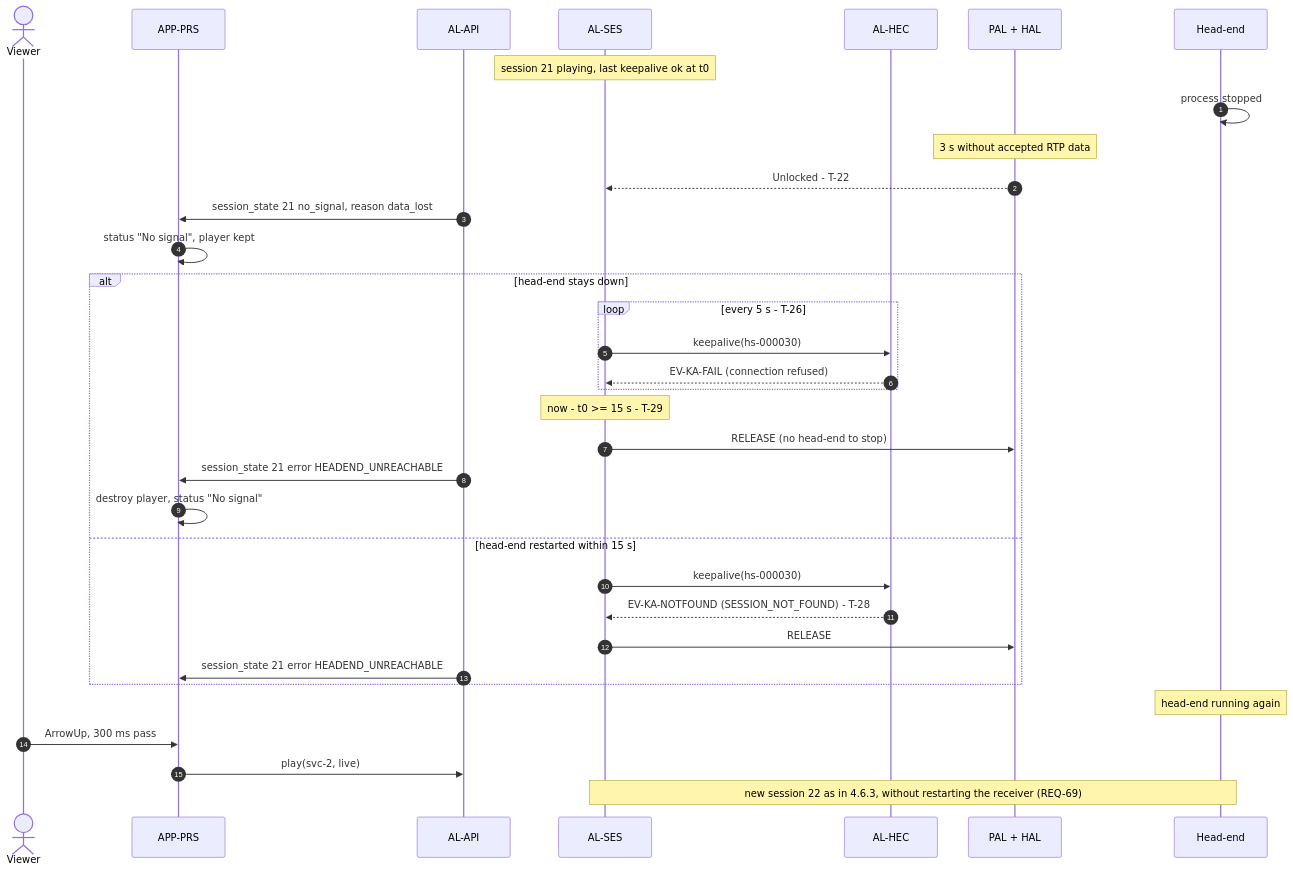
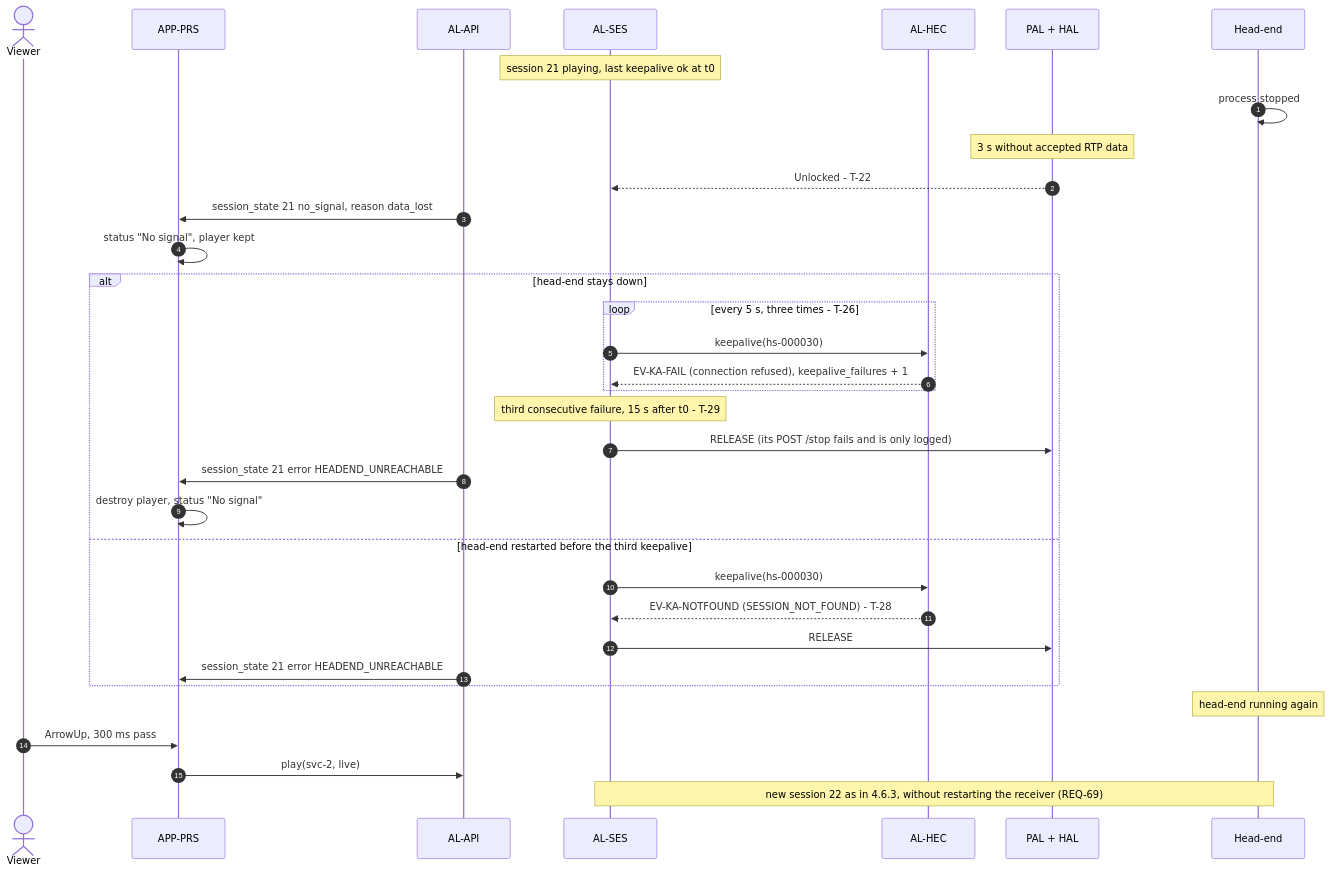
One commit to bereniich/broadband-managed-iptv-receiver changed diagram 15 of 16 in SPECIFICATION.md. Above: the diagram before and after it, drawn with Mermaid. The commit also changed other lines of this file, not shown here.

````diff
--- a/SPECIFICATION.md
+++ b/SPECIFICATION.md
@@ -2624,37 +2638,37 @@
 ```mermaid
 sequenceDiagram
     autonumber
     actor V as Viewer
     participant PRS as APP-PRS
     participant API as AL-API
     participant SES as AL-SES
     participant HEC as AL-HEC
     participant PAL as PAL + HAL
     participant HE as Head-end
 
     Note over SES: session 21 playing, last keepalive ok at t0
     HE->>HE: process stopped
     Note over PAL: 3 s without accepted RTP data
     PAL-->>SES: Unlocked - T-22
     API->>PRS: session_state 21 no_signal, reason data_lost
     PRS->>PRS: status "No signal", player kept
     alt head-end stays down
-        loop every 5 s - T-26
+        loop every 5 s, three times - T-26
             SES->>HEC: keepalive(hs-000030)
-            HEC-->>SES: EV-KA-FAIL (connection refused)
+            HEC-->>SES: EV-KA-FAIL (connection refused), keepalive_failures + 1
         end
-        Note over SES: now - t0 >= 15 s - T-29
-        SES->>PAL: RELEASE (no head-end to stop)
+        Note over SES: third consecutive failure, 15 s after t0 - T-29
+        SES->>PAL: RELEASE (its POST /stop fails and is only logged)
         API->>PRS: session_state 21 error HEADEND_UNREACHABLE
         PRS->>PRS: destroy player, status "No signal"
-    else head-end restarted within 15 s
+    else head-end restarted before the third keepalive
         SES->>HEC: keepalive(hs-000030)
         HEC-->>SES: EV-KA-NOTFOUND (SESSION_NOT_FOUND) - T-28
         SES->>PAL: RELEASE
         API->>PRS: session_state 21 error HEADEND_UNREACHABLE
     end
     Note over HE: head-end running again
     V->>PRS: ArrowUp, 300 ms pass
     PRS->>API: play(svc-2, live)
     Note over SES,HE: new session 22 as in 4.6.3, without restarting the receiver (REQ-69)
 ```
````
